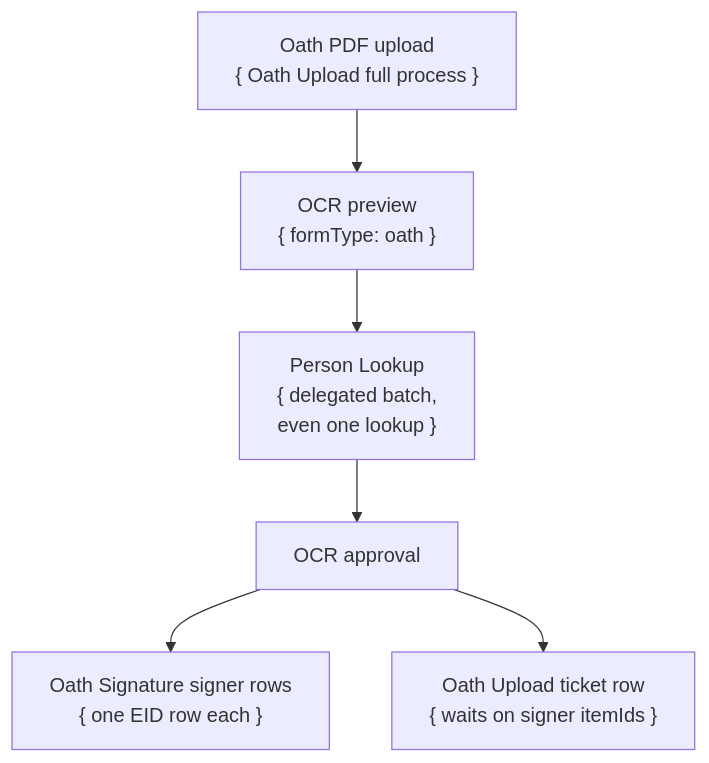
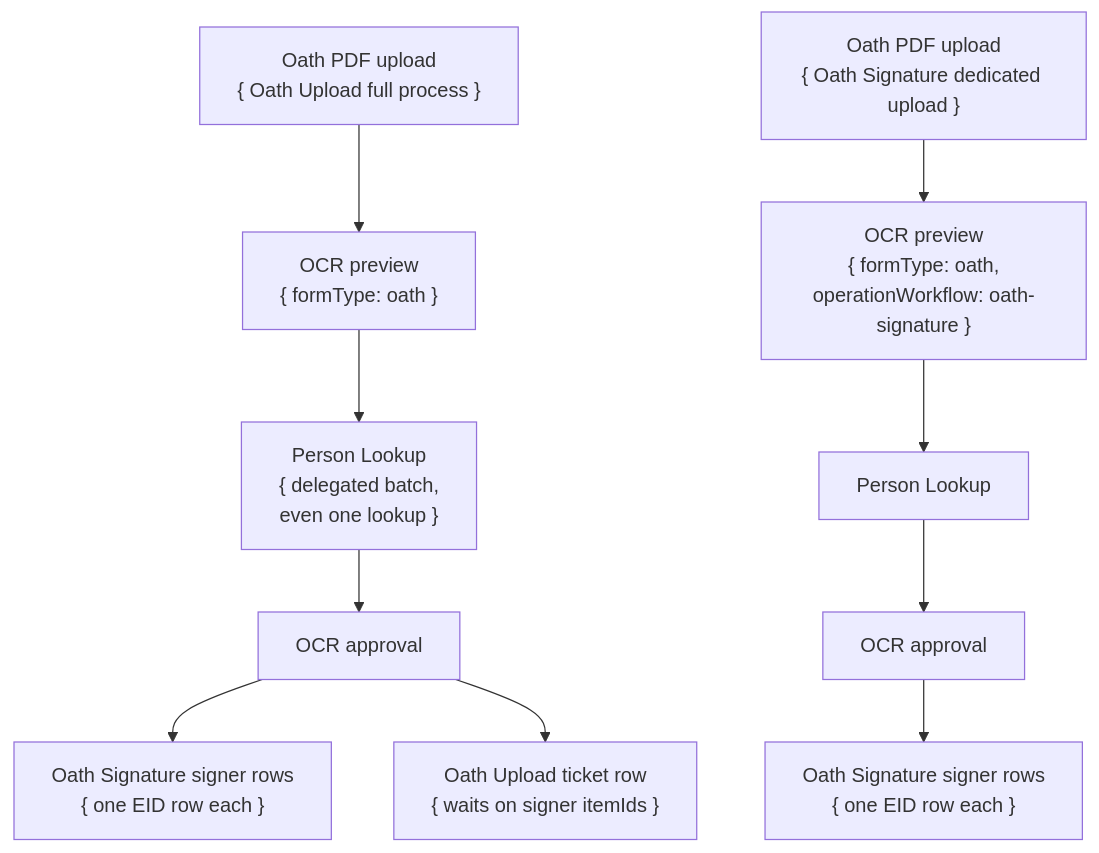
The diagram in docs/workflow/oath-signature.md (julianthant/hr-automation), drawn with Mermaid before and after one commit. The commit also changed other lines of this file and 29 other files, not shown here.

````diff
--- a/docs/workflow/oath-signature.md
+++ b/docs/workflow/oath-signature.md
@@ -11,8 +11,13 @@
 ```mermaid
 flowchart TD
   A["Oath PDF upload<br/>{ Oath Upload full process }"] --> B["OCR preview<br/>{ formType: oath }"]
   B --> C["Person Lookup<br/>{ delegated batch,<br/>even one lookup }"]
   C --> D["OCR approval"]
   D --> E["Oath Signature signer rows<br/>{ one EID row each }"]
   D --> F["Oath Upload ticket row<br/>{ waits on signer itemIds }"]
+
+  A2["Oath PDF upload<br/>{ Oath Signature dedicated upload }"] --> B2["OCR preview<br/>{ formType: oath,<br/>operationWorkflow: oath-signature }"]
+  B2 --> C2["Person Lookup"]
+  C2 --> D2["OCR approval"]
+  D2 --> E2["Oath Signature signer rows<br/>{ one EID row each }"]
 ```
````
